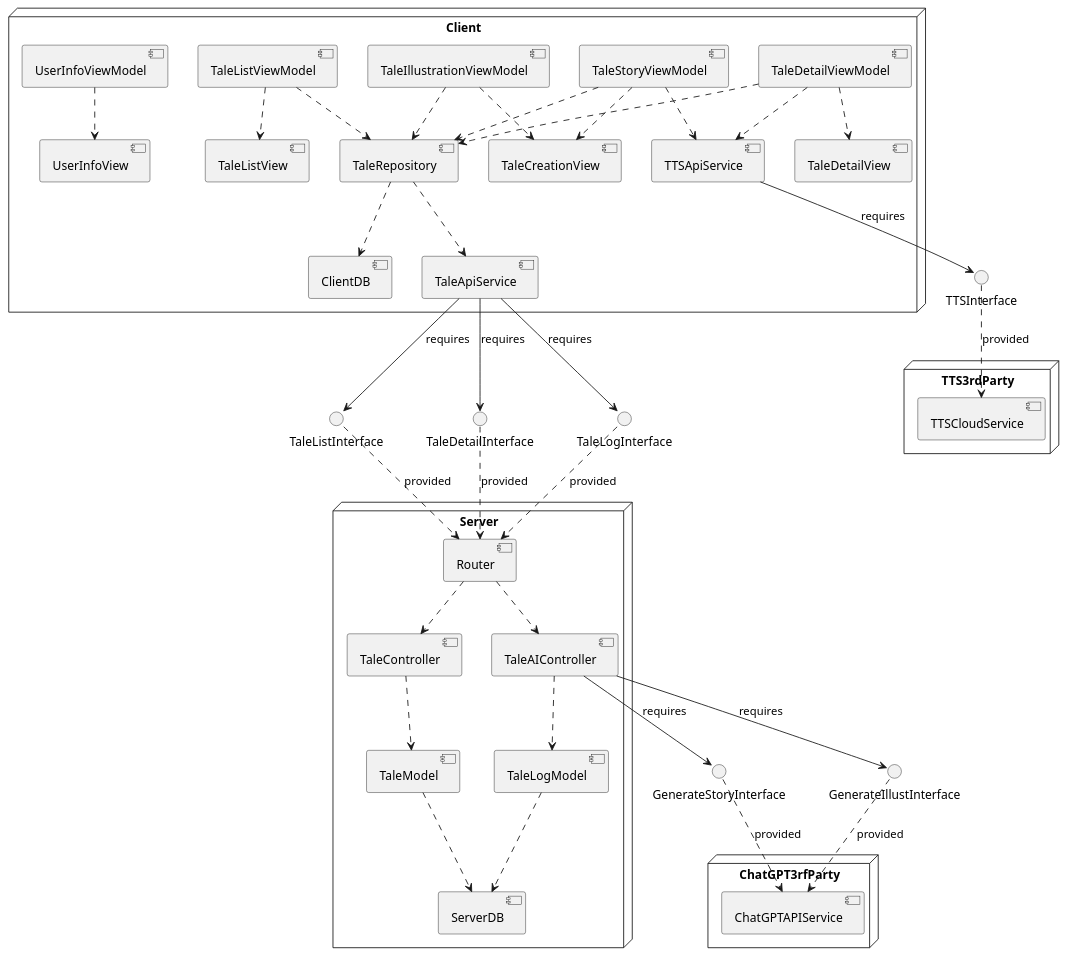
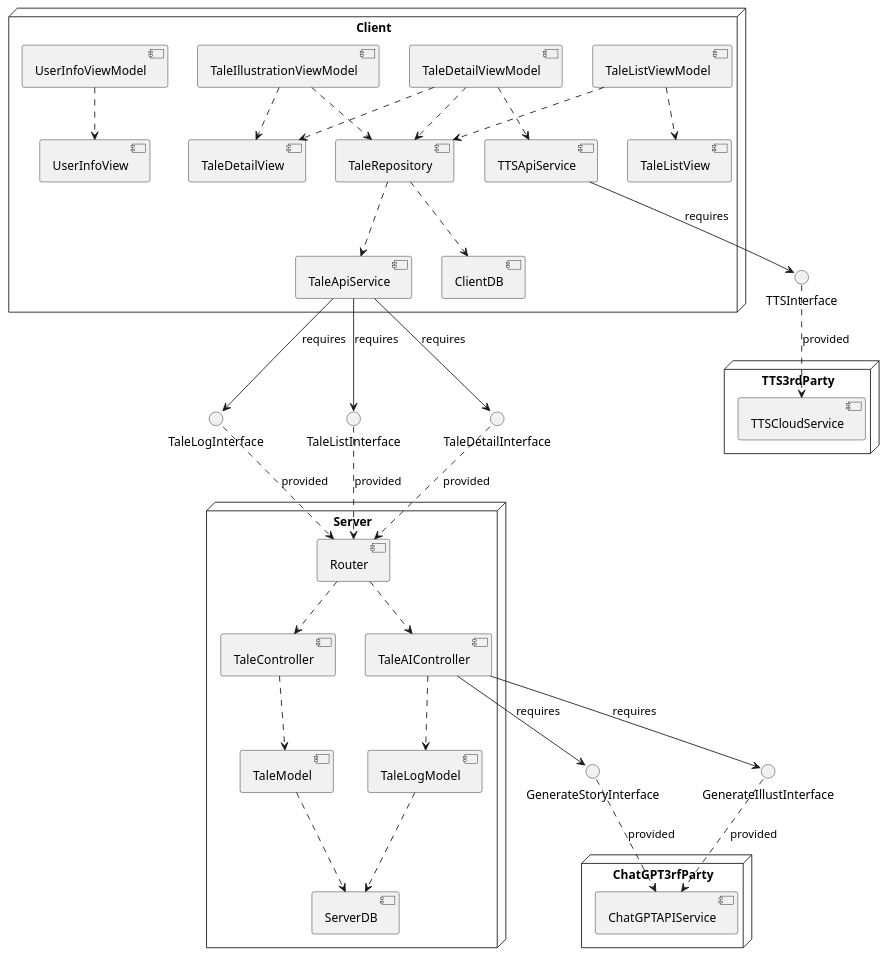
Before and after one commit to judy-juyeon-park/KTP522: the diagram in design/UML/LV2_component_phase2.wsd, drawn with PlantUML. The commit also changed 1 other file, not shown here.

Commit message:
[Phase 2] update UML of components and modules

```diff
--- a/design/UML/LV2_component_phase2.wsd
+++ b/design/UML/LV2_component_phase2.wsd
@@ -1,94 +1,88 @@
 @startuml lv2_component
 
 node Client{
 
     component TaleRepository
     component TaleApiService
     component TTSApiService
 
     component TaleListViewModel
     component TaleDetailViewModel
     component UserInfoViewModel
-    component TaleStoryViewModel
     component TaleIllustrationViewModel
 
     component TaleListView
     component TaleDetailView
     component UserInfoView
-    component TaleCreationView
 
     component ClientDB
 }
 
 
 
 node Server {
     component Router
     component TaleController
     component TaleAIController
     component TaleModel
     component TaleLogModel
     component ServerDB
 }
 
 node TTS3rdParty {
     component TTSCloudService
 }
 
 node ChatGPT3rfParty {
     component ChatGPTAPIService
 }
 
 interface TaleListInterface
 interface TaleDetailInterface
 interface TaleLogInterface
 interface TTSInterface
 
 interface GenerateStoryInterface
 interface GenerateIllustInterface
 
 
 Router ..> TaleController
 TaleController ..> TaleModel
 TaleModel ..> ServerDB
 
 Router ..> TaleAIController
 TaleAIController ..> TaleLogModel
 TaleLogModel ..> ServerDB
 
 TaleAIController --> GenerateStoryInterface : requires
 TaleAIController --> GenerateIllustInterface : requires
 GenerateStoryInterface ..> ChatGPTAPIService : provided
 GenerateIllustInterface ..> ChatGPTAPIService : provided
 
 TaleRepository ..> ClientDB
 TaleRepository ..> TaleApiService
 TaleDetailViewModel ..> TTSApiService
 
 TaleListViewModel ..> TaleRepository
 TaleDetailViewModel ..> TaleRepository
 
 TaleListViewModel ..> TaleListView
 TaleDetailViewModel ..> TaleDetailView
 
-TaleStoryViewModel ..> TaleRepository
-TaleStoryViewModel ..> TaleCreationView
-TaleStoryViewModel ..> TTSApiService
-
 TaleIllustrationViewModel ..> TaleRepository
-TaleIllustrationViewModel ..> TaleCreationView
+TaleIllustrationViewModel ..> TaleDetailView
 
 UserInfoViewModel ..> UserInfoView
 
 TTSInterface ..> TTSCloudService : provided
 TTSApiService --> TTSInterface : requires
 
 TaleListInterface ..> Router : provided
 TaleDetailInterface ..> Router : provided
 TaleLogInterface ..> Router : provided
 TaleApiService --> TaleListInterface : requires
 TaleApiService --> TaleDetailInterface : requires
 TaleApiService --> TaleLogInterface : requires
 
 
 @enduml
```
